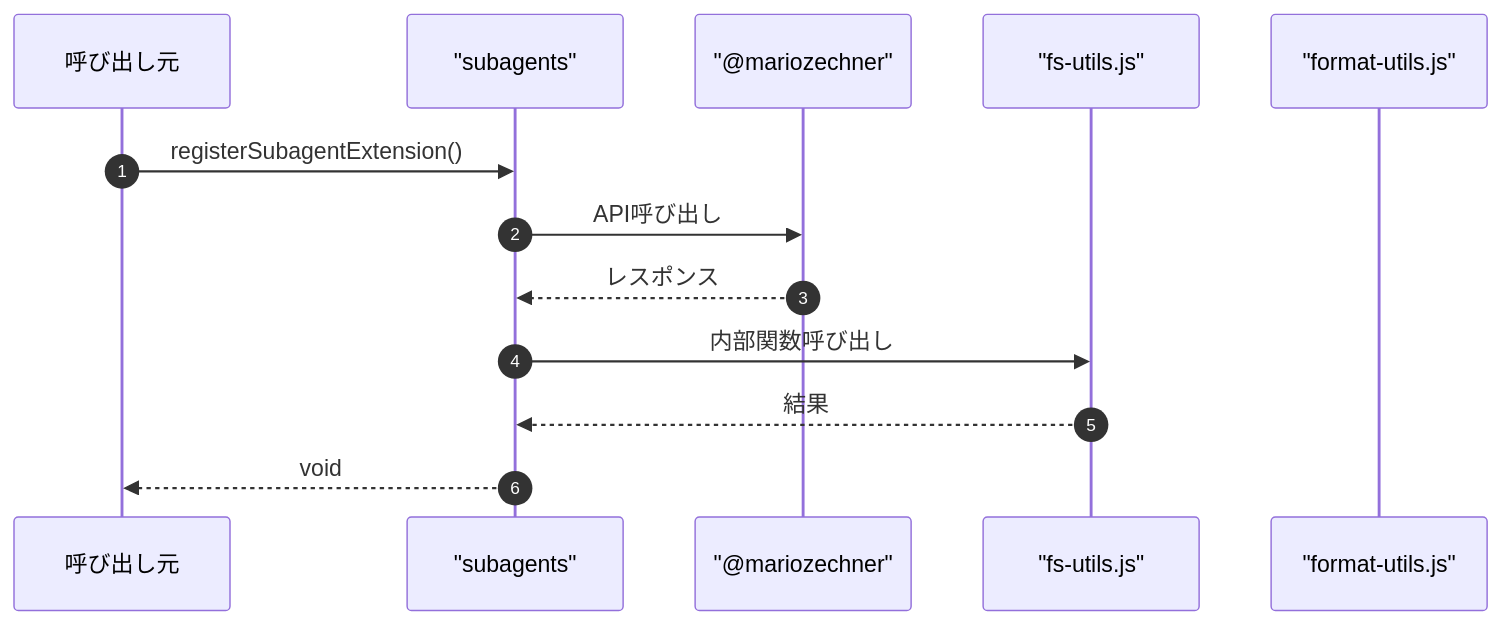
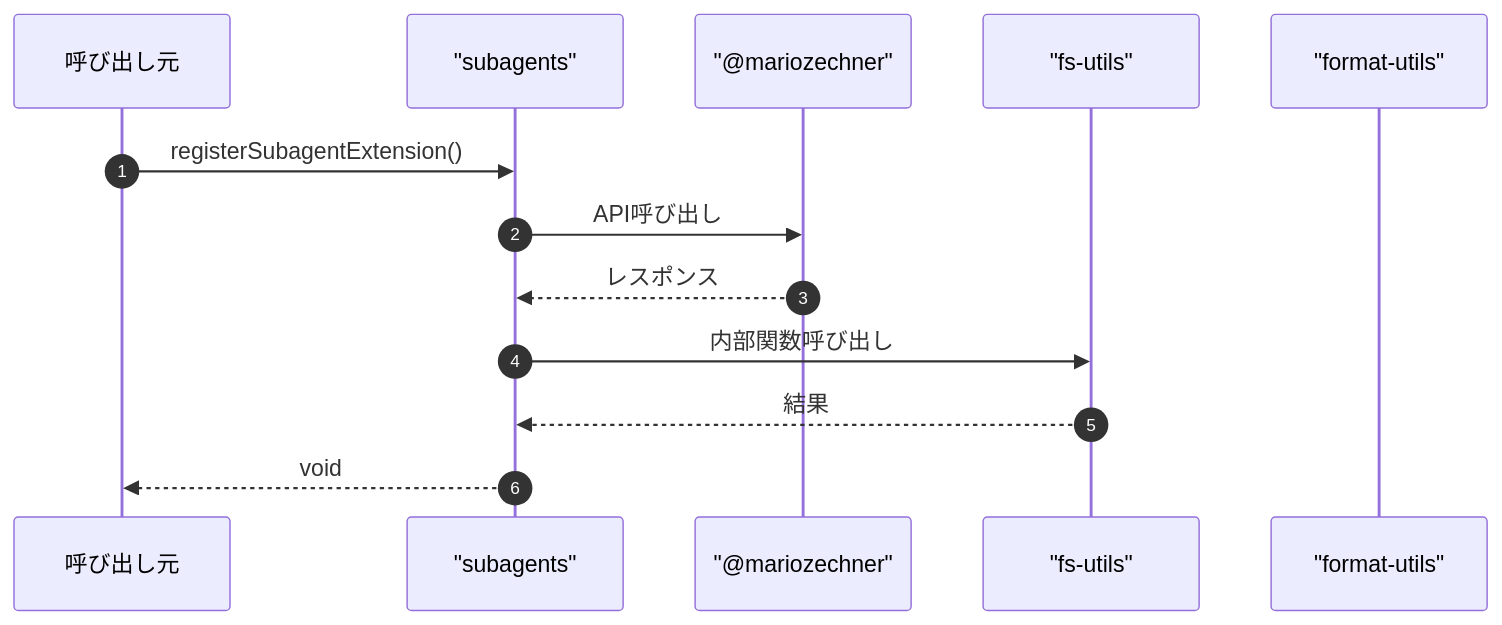
The second of 2 diagrams in ABDD/.pi/extensions/subagents.md (Mekann2904/mekann), drawn with Mermaid before and after one commit. The commit also changed other lines of this file and 174 other files, not shown here.

First line of the commit message:
fix(docs): ABDDのMermaid図生成エラーを修正する

````diff
--- a/ABDD/.pi/extensions/subagents.md
+++ b/ABDD/.pi/extensions/subagents.md
@@ -60,16 +60,16 @@
 ```mermaid
 sequenceDiagram
   autonumber
   participant Caller as 呼び出し元
   participant subagents as "subagents"
-  participant _mariozechner as "@mariozechner"
-  participant fs_utils_js as "fs-utils.js"
-  participant format_utils_js as "format-utils.js"
+  participant mariozechner as "@mariozechner"
+  participant fs_utils as "fs-utils"
+  participant format_utils as "format-utils"
 
   Caller->>subagents: registerSubagentExtension()
-  subagents->>_mariozechner: API呼び出し
-  _mariozechner-->>subagents: レスポンス
-  subagents->>fs_utils_js: 内部関数呼び出し
-  fs_utils_js-->>subagents: 結果
+  subagents->>mariozechner: API呼び出し
+  mariozechner-->>subagents: レスポンス
+  subagents->>fs_utils: 内部関数呼び出し
+  fs_utils-->>subagents: 結果
   subagents-->>Caller: void
 ```
````
